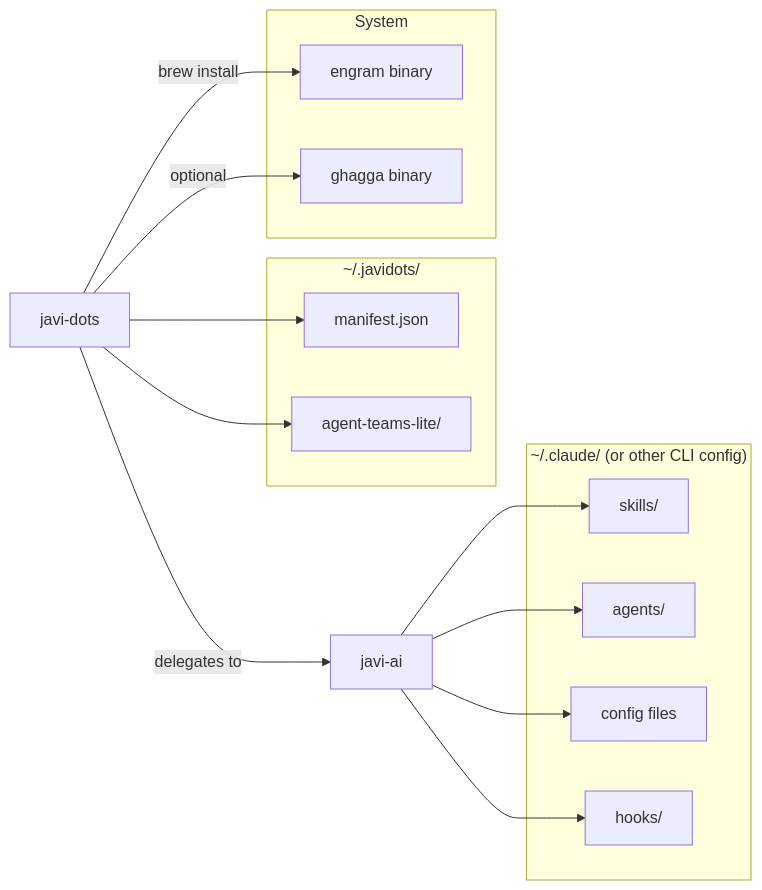
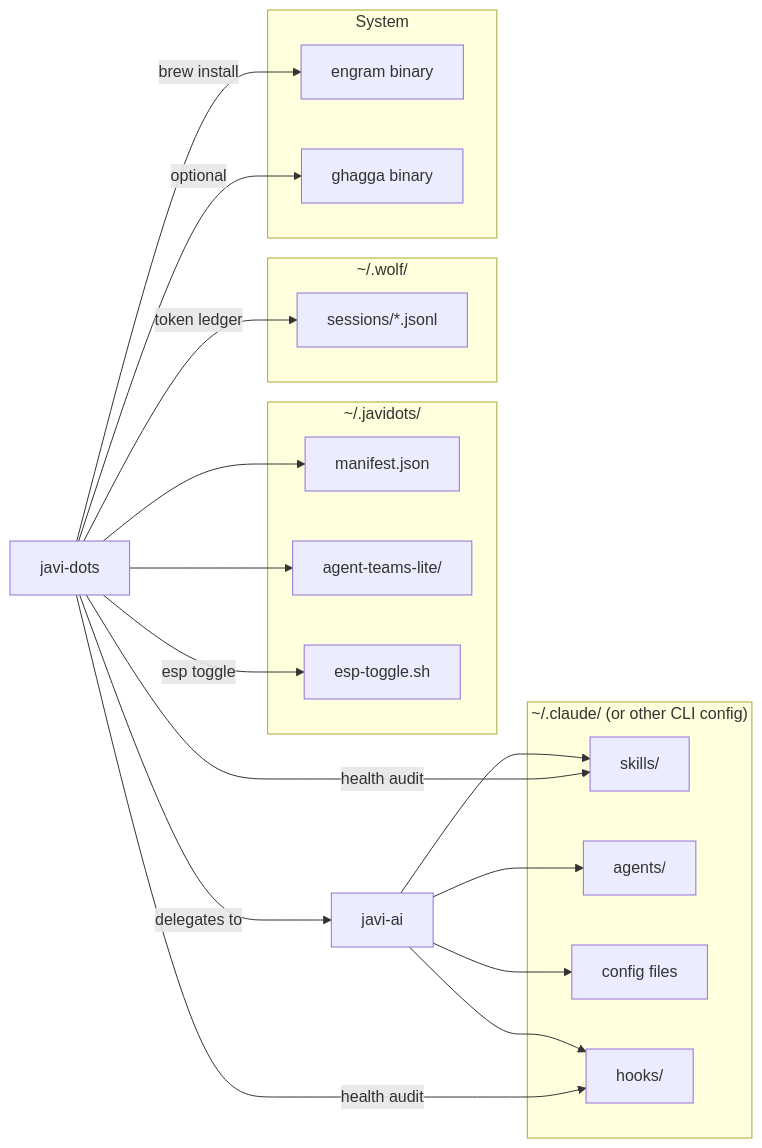
Before and after one commit to JNZader/javi-dots: the third of 3 diagrams in docs/architecture.md, drawn with Mermaid. The commit also changed other lines of this file and 3 other files, not shown here.

````diff
--- a/docs/architecture.md
+++ b/docs/architecture.md
@@ -90,29 +90,38 @@
 ```mermaid
 graph LR
     subgraph "~/.javidots/"
         MF["manifest.json"]
         ATL["agent-teams-lite/"]
+        ESP["esp-toggle.sh"]
     end
 
     subgraph "~/.claude/ (or other CLI config)"
         SK["skills/"]
         AG["agents/"]
         CF["config files"]
         HK["hooks/"]
+    end
+
+    subgraph "~/.wolf/"
+        WS["sessions/*.jsonl"]
     end
 
     subgraph "System"
         ENG["engram binary"]
         GHA["ghagga binary"]
     end
 
     DOTS["javi-dots"] --> MF
     DOTS --> ATL
     DOTS -->|"delegates to"| AI["javi-ai"]
     AI --> SK
     AI --> AG
     AI --> CF
     AI --> HK
     DOTS -->|"brew install"| ENG
     DOTS -->|"optional"| GHA
+    DOTS -->|"health audit"| SK
+    DOTS -->|"health audit"| HK
+    DOTS -->|"esp toggle"| ESP
+    DOTS -->|"token ledger"| WS
 ```
````
